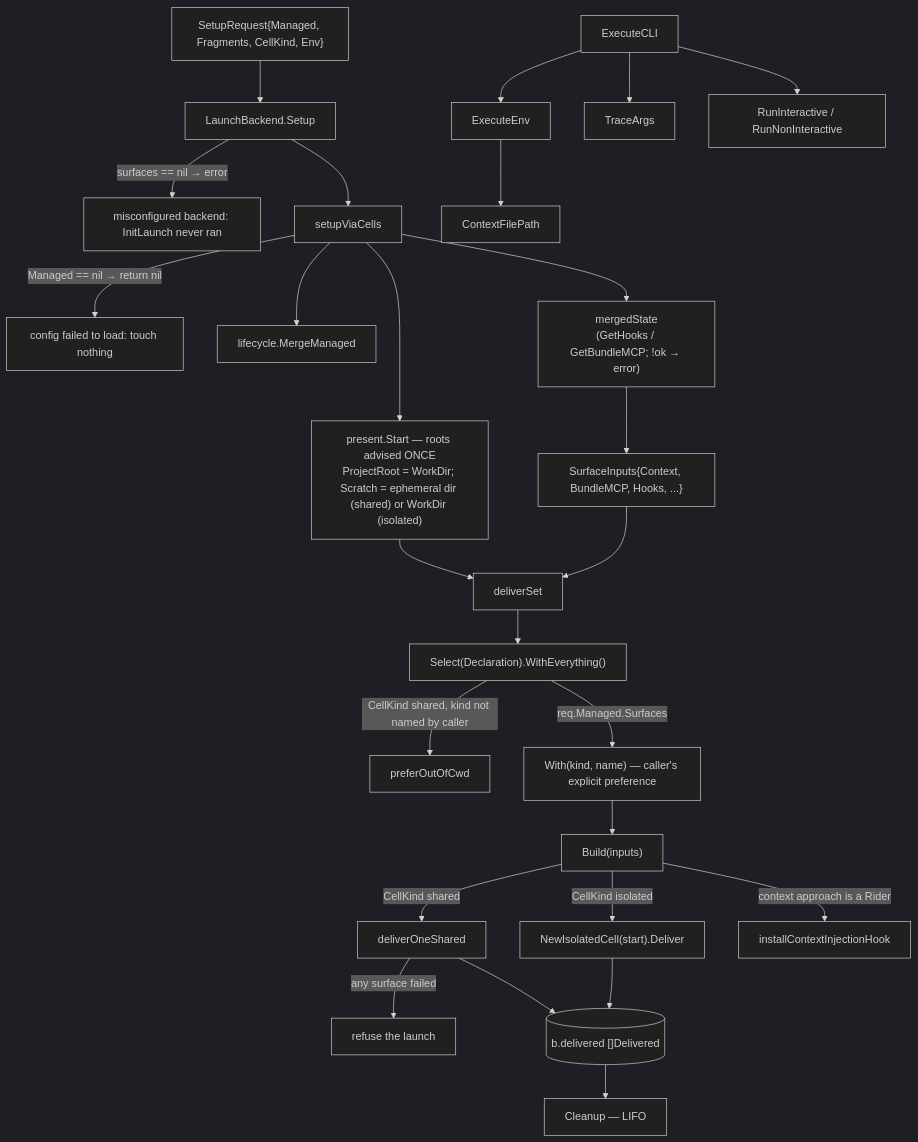
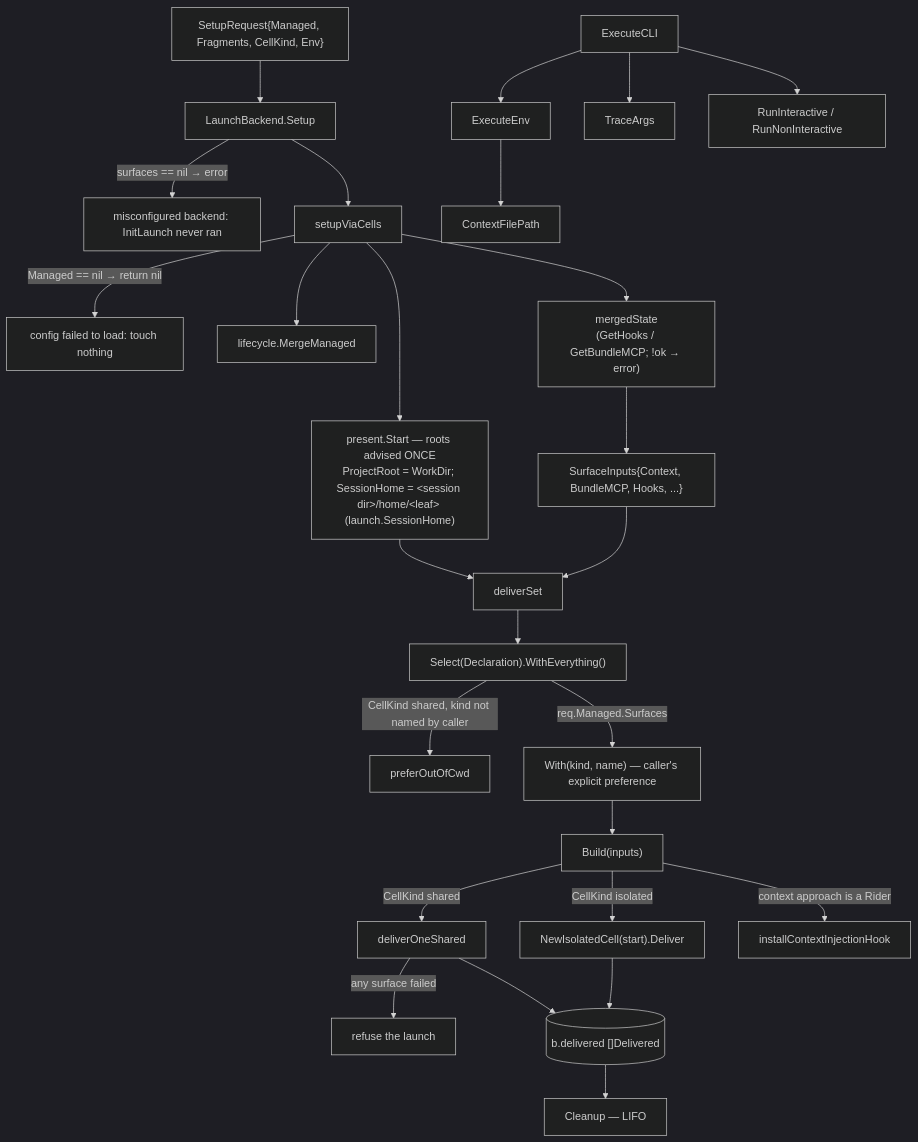
The diagram in docs/architecture/shared/agent-launch-lifecycle.md (ctxloom/ctxloom), drawn with Mermaid (dark theme) before and after one commit. The commit also changed other lines of this file and 19 other files, not shown here.

First line of the commit message:
docs: session-layout — architecture, glossary and user docs describe the machine session dir and the output dir

````diff
--- a/docs/architecture/shared/agent-launch-lifecycle.md
+++ b/docs/architecture/shared/agent-launch-lifecycle.md
@@ -14,29 +14,29 @@
 ```mermaid
 flowchart TD
   SR["SetupRequest{Managed, Fragments, CellKind, Env}"] --> SETUP["LaunchBackend.Setup"]
   SETUP -->|"surfaces == nil → error"| MISCONF["misconfigured backend: InitLaunch never ran"]
   SETUP --> SVC["setupViaCells"]
   SVC -->|"Managed == nil → return nil"| DEGRADED["config failed to load: touch nothing"]
   SVC --> MM["lifecycle.MergeManaged"]
   SVC --> MS["mergedState<br/>(GetHooks / GetBundleMCP; !ok → error)"]
   MS --> INPUTS["SurfaceInputs{Context, BundleMCP, Hooks, ...}"]
-  SVC --> START["present.Start — roots advised ONCE<br/>ProjectRoot = WorkDir; Scratch = ephemeral dir (shared) or WorkDir (isolated)"]
+  SVC --> START["present.Start — roots advised ONCE<br/>ProjectRoot = WorkDir; SessionHome = &lt;session dir&gt;/home/&lt;leaf&gt; (launch.SessionHome)"]
   INPUTS --> DS["deliverSet"]
   START --> DS
   DS --> SEL["Select(Declaration).WithEverything()"]
   SEL -->|"CellKind shared, kind not named by caller"| PREF["preferOutOfCwd"]
   SEL -->|"req.Managed.Surfaces"| WITH["With(kind, name) — caller's explicit preference"]
   WITH --> BUILD["Build(inputs)"]
   BUILD -->|"CellKind isolated"| CELL["NewIsolatedCell(start).Deliver"]
   BUILD -->|"CellKind shared"| SHARED["deliverOneShared"]
   SHARED -->|"any surface failed"| REFUSE["refuse the launch"]
   BUILD -->|"context approach is a Rider"| HOOK["installContextInjectionHook"]
   CELL --> HANDLES[("b.delivered []Delivered")]
   SHARED --> HANDLES
   HANDLES --> CLEAN["Cleanup — LIFO"]
 
   EXEC["ExecuteCLI"] --> ENV["ExecuteEnv"]
   ENV --> CFP["ContextFilePath"]
   EXEC --> TRACE["TraceArgs"]
   EXEC --> RUN["RunInteractive / RunNonInteractive"]
 ```
````
